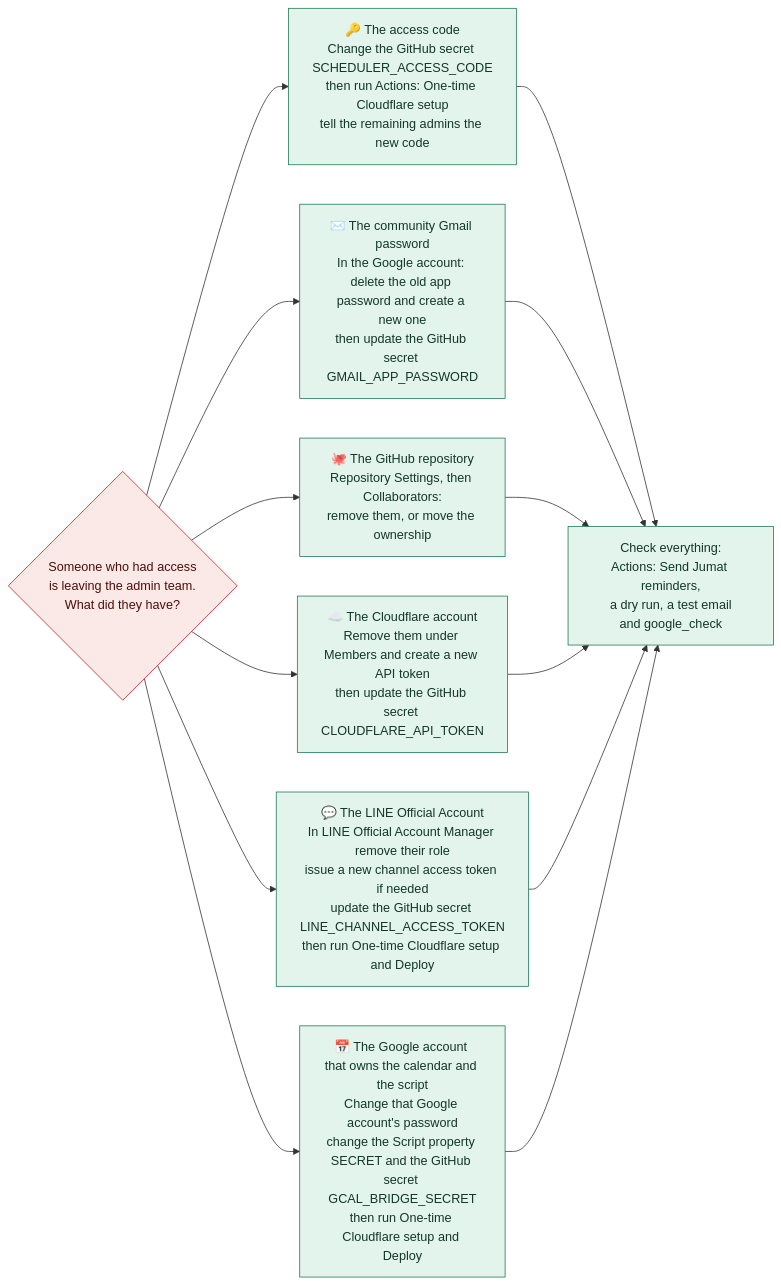
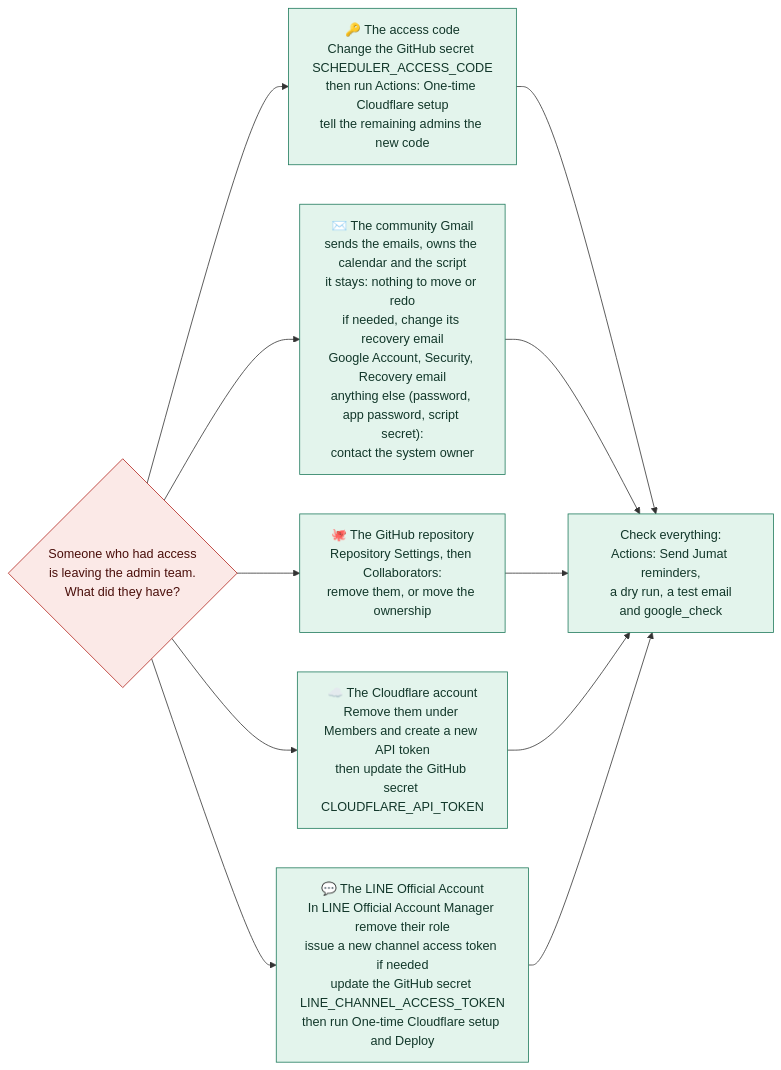
Before and after one commit to mushaffarasyidridha/Jumat-Scheduler-NAIST: the diagram in public/flows/handover-secrets.mmd, drawn with Mermaid. The commit also changed 5 other files, not shown here.

First line of the commit message:
Guide: the community Gmail stays when the admin changes

```diff
--- a/public/flows/handover-secrets.mmd
+++ b/public/flows/handover-secrets.mmd
@@ -1,20 +1,18 @@
 flowchart LR
   B{"Someone who had access<br/>is leaving the admin team.<br/>What did they have?"}
   B --> D1["🔑 The access code<br/>Change the GitHub secret SCHEDULER_ACCESS_CODE<br/>then run Actions: One-time Cloudflare setup<br/>tell the remaining admins the new code"]
-  B --> D2["✉️ The community Gmail password<br/>In the Google account: delete the old app password and create a new one<br/>then update the GitHub secret GMAIL_APP_PASSWORD"]
+  B --> D2["✉️ The community Gmail<br/>sends the emails, owns the calendar and the script<br/>it stays: nothing to move or redo<br/>if needed, change its recovery email<br/>Google Account, Security, Recovery email<br/>anything else (password, app password, script secret):<br/>contact the system owner"]
   B --> D3["🐙 The GitHub repository<br/>Repository Settings, then Collaborators:<br/>remove them, or move the ownership"]
   B --> D4["☁️ The Cloudflare account<br/>Remove them under Members and create a new API token<br/>then update the GitHub secret CLOUDFLARE_API_TOKEN"]
   B --> D5["💬 The LINE Official Account<br/>In LINE Official Account Manager remove their role<br/>issue a new channel access token if needed<br/>update the GitHub secret LINE_CHANNEL_ACCESS_TOKEN<br/>then run One-time Cloudflare setup and Deploy"]
-  B --> D6["📅 The Google account that owns the calendar and the script<br/>Change that Google account's password<br/>change the Script property SECRET and the GitHub secret GCAL_BRIDGE_SECRET<br/>then run One-time Cloudflare setup and Deploy"]
 
   D1 --> E["Check everything:<br/>Actions: Send Jumat reminders,<br/>a dry run, a test email<br/>and google_check"]
   D2 --> E
   D3 --> E
   D4 --> E
   D5 --> E
-  D6 --> E
 
   classDef admin fill:#e3f4ec,stroke:#1f7a5c,color:#12372a
   classDef warn fill:#fbe9e7,stroke:#b3261e,color:#4a0f0b
   class B warn
-  class D1,D2,D3,D4,D5,D6,E admin
+  class D1,D2,D3,D4,D5,E admin
```
